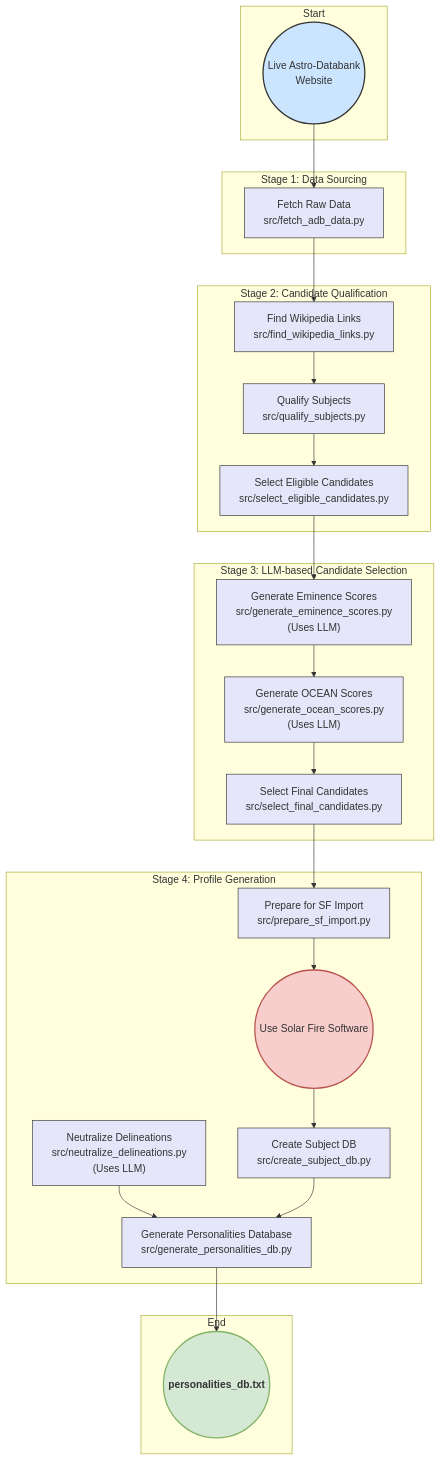
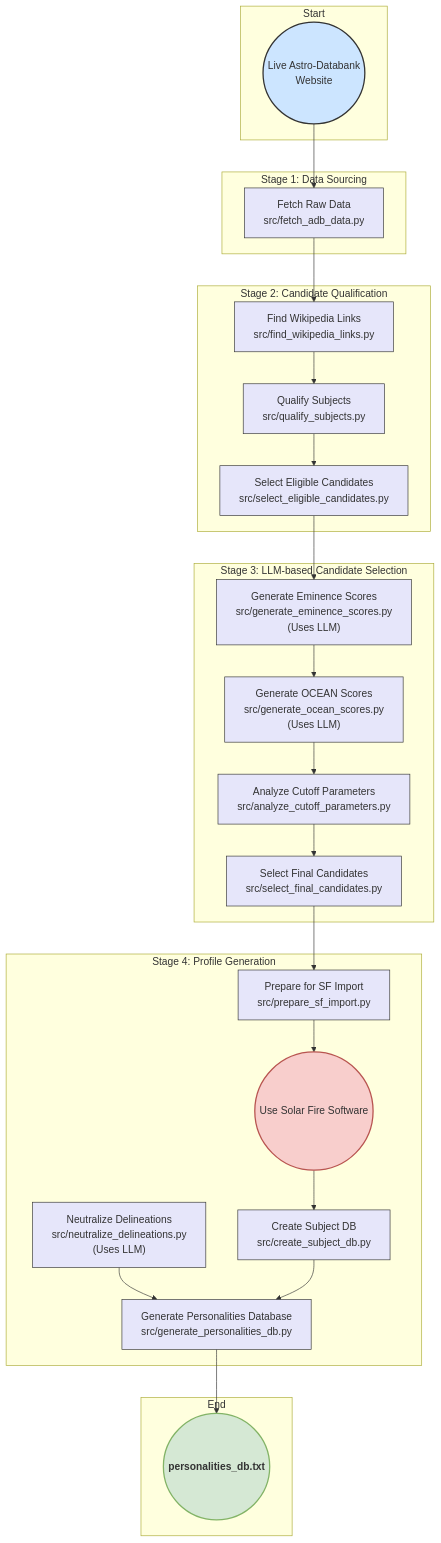
The diagram in docs/diagrams/flow_prep_pipeline.mmd (peterjmarko/llm-narrative-framework), drawn with Mermaid before and after one commit. The commit also changed 20 other files, not shown here.

```diff
--- a/docs/diagrams/flow_prep_pipeline.mmd
+++ b/docs/diagrams/flow_prep_pipeline.mmd
@@ -1,50 +1,51 @@
 graph TD
     classDef manualStyle fill:#f8cecc,stroke:#b85450,stroke-width:2px
     classDef sourceStyle fill:#cce5ff,stroke:#333,stroke-width:2px
     classDef finalProductStyle fill:#d5e8d4,stroke:#82b366,stroke-width:2px,font-weight:bold
     classDef scriptStyle fill:#e6e6fa,stroke:#333,stroke-width:1px
 
     subgraph "Start"
         StartDB(("Live Astro-Databank<br/>Website"))
     end
 
     subgraph "Stage 1: Data Sourcing"
         A["Fetch Raw Data<br>src/fetch_adb_data.py"]
     end
 
     subgraph "Stage 2: Candidate Qualification"
         B["Find Wikipedia Links<br>src/find_wikipedia_links.py"]
         B2["Qualify Subjects<br>src/qualify_subjects.py"]
         C["Select Eligible Candidates<br>src/select_eligible_candidates.py"]
     end
 
     subgraph "Stage 3: LLM-based Candidate Selection"
         D["Generate Eminence Scores<br>src/generate_eminence_scores.py<br>(Uses LLM)"]
         E["Generate OCEAN Scores<br>src/generate_ocean_scores.py<br>(Uses LLM)"]
+        E2["Analyze Cutoff Parameters<br>src/analyze_cutoff_parameters.py"]
         F["Select Final Candidates<br>src/select_final_candidates.py"]
     end
 
     subgraph "Stage 4: Profile Generation"
         G["Prepare for SF Import<br>src/prepare_sf_import.py"]
         H((Use Solar Fire Software))
         I["Neutralize Delineations<br>src/neutralize_delineations.py<br>(Uses LLM)"]
         J["Create Subject DB<br>src/create_subject_db.py"]
         K["Generate Personalities Database<br>src/generate_personalities_db.py"]
     end
     
     subgraph "End"
         FinalDB(("personalities_db.txt"))
     end
 
     %% --- Main Workflow Connections ---
-    StartDB --> A --> B --> B2 --> C --> D --> E --> F --> G --> H
+    StartDB --> A --> B --> B2 --> C --> D --> E --> E2 --> F --> G --> H
     H --> J
     I --> K
     J --> K
     K --> FinalDB
 
     %% --- Styling ---
-    class A,B,B2,C,D,E,F,G,I,J,K scriptStyle
+    class A,B,B2,C,D,E,E2,F,G,I,J,K scriptStyle
     class H manualStyle
     class StartDB sourceStyle
     class FinalDB finalProductStyle
```
